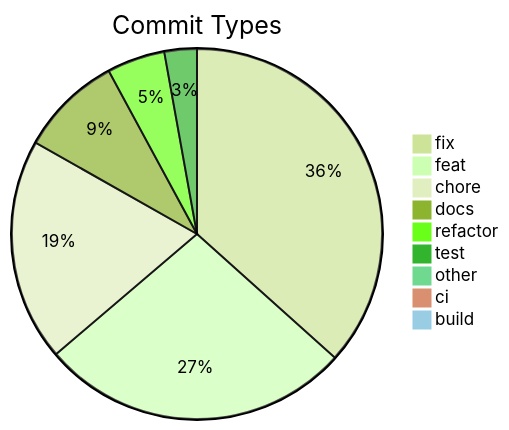
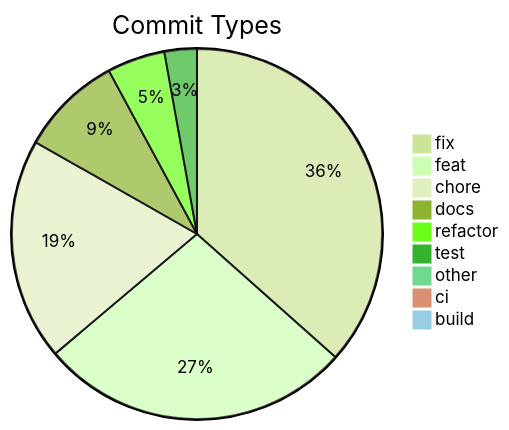
Before and after one commit to svenroth-ai/shipwright-webui: the diagram in .shipwright/compliance/change-history.md, drawn with Mermaid (forest theme). The commit also changed other lines of this file and 11 other files, not shown here.

````diff
--- a/.shipwright/compliance/change-history.md
+++ b/.shipwright/compliance/change-history.md
@@ -8,12 +8,12 @@
 ```mermaid
 pie title Commit Types
     "fix" : 181
-    "feat" : 134
+    "feat" : 135
     "chore" : 96
     "docs" : 44
     "refactor" : 25
     "test" : 14
     "other" : 4
     "ci" : 3
     "build" : 1
 ```
````
